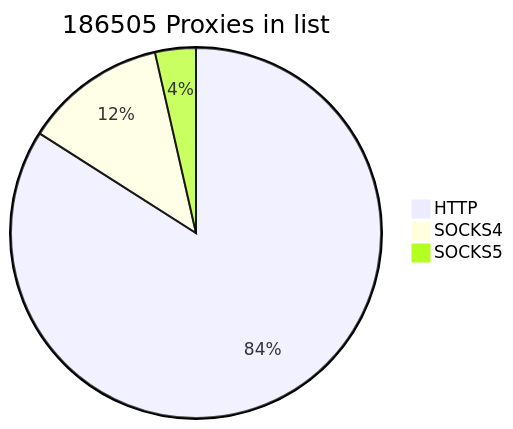
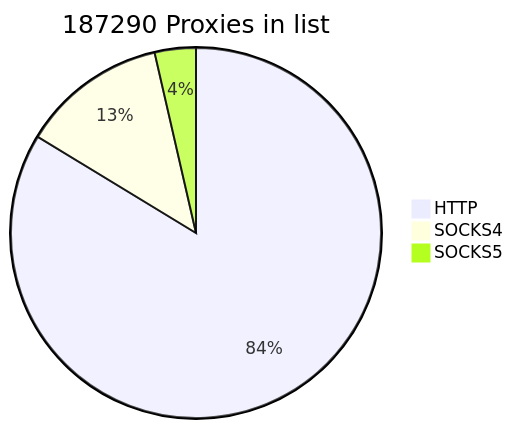
One commit to cutipu/proxylist changed the first of 2 diagrams in README.md. Above: the diagram before and after it, drawn with Mermaid. The commit also changed other lines of this file, not shown here.

````diff
--- a/README.md
+++ b/README.md
@@ -2,7 +2,7 @@
 ```mermaid
-pie title 186505 Proxies in list
-    "HTTP" : 156717
-    "SOCKS4" : 23152
-    "SOCKS5" : 6636
+pie title 187290 Proxies in list
+    "HTTP" : 156738
+    "SOCKS4" : 23827
+    "SOCKS5" : 6725
             
 ```
````
